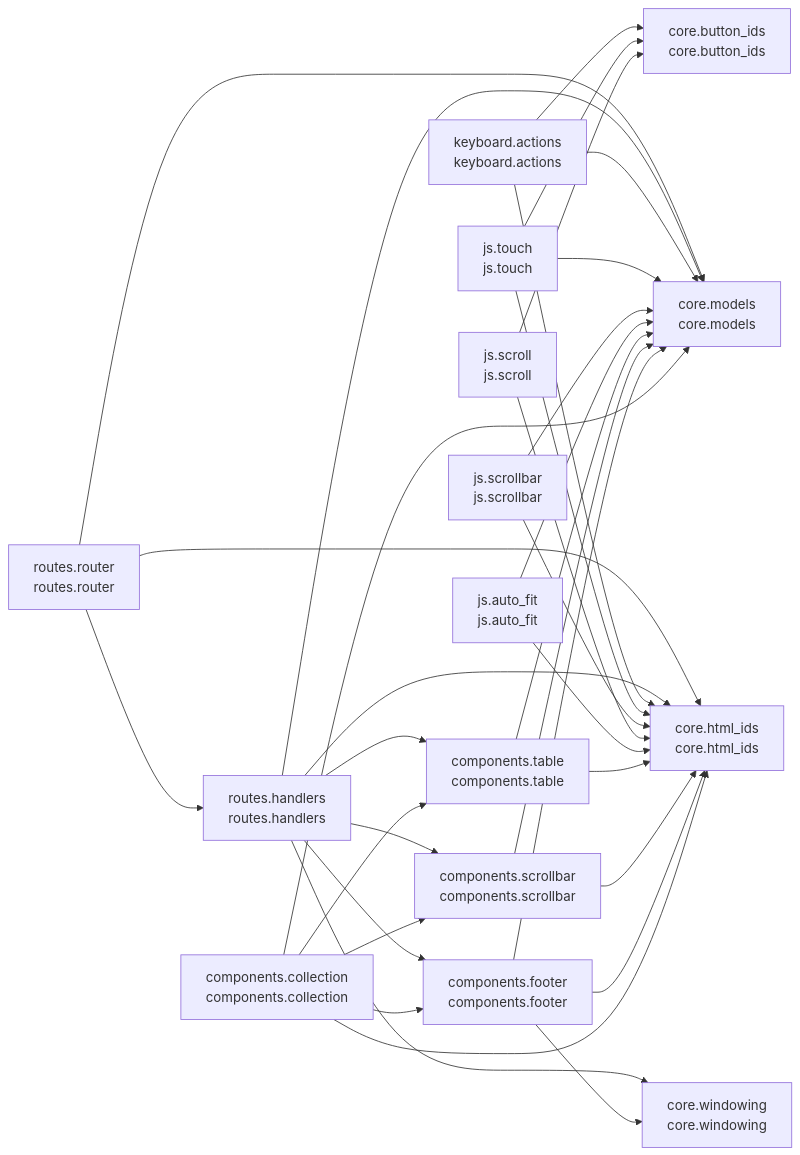
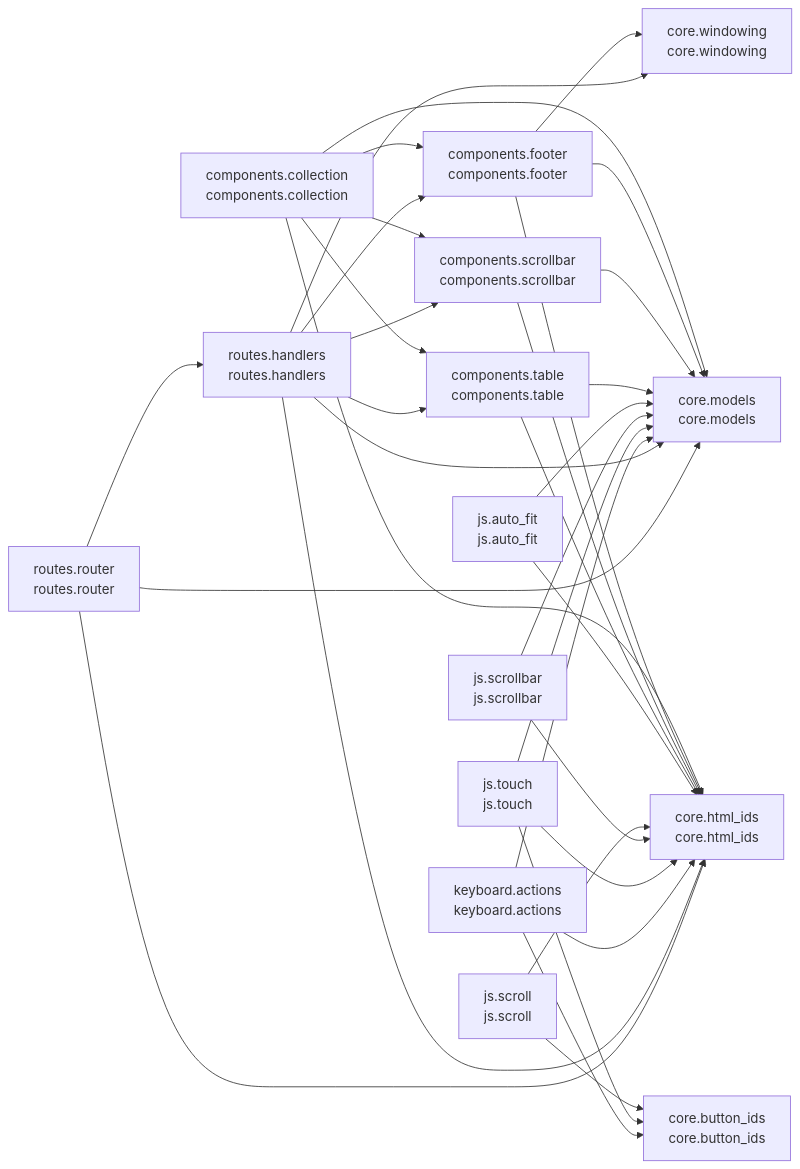
One commit to cj-mills/cjm-fasthtml-virtual-collection changed the diagram in README.md. Above: the diagram before and after it, drawn with Mermaid. The commit also changed other lines of this file and 5 other files, not shown here.

````diff
--- a/README.md
+++ b/README.md
@@ -40,52 +40,52 @@
 ``` mermaid
 graph LR
     components_collection[components.collection<br/>components.collection]
     components_footer[components.footer<br/>components.footer]
     components_scrollbar[components.scrollbar<br/>components.scrollbar]
     components_table[components.table<br/>components.table]
     core_button_ids[core.button_ids<br/>core.button_ids]
     core_html_ids[core.html_ids<br/>core.html_ids]
     core_models[core.models<br/>core.models]
     core_windowing[core.windowing<br/>core.windowing]
     js_auto_fit[js.auto_fit<br/>js.auto_fit]
     js_scroll[js.scroll<br/>js.scroll]
     js_scrollbar[js.scrollbar<br/>js.scrollbar]
     js_touch[js.touch<br/>js.touch]
     keyboard_actions[keyboard.actions<br/>keyboard.actions]
     routes_handlers[routes.handlers<br/>routes.handlers]
     routes_router[routes.router<br/>routes.router]
 
-    components_collection --> core_models
-    components_collection --> components_table
-    components_collection --> core_html_ids
     components_collection --> components_footer
     components_collection --> components_scrollbar
+    components_collection --> components_table
+    components_collection --> core_models
+    components_collection --> core_html_ids
+    components_footer --> core_windowing
     components_footer --> core_models
     components_footer --> core_html_ids
-    components_footer --> core_windowing
     components_scrollbar --> core_models
     components_scrollbar --> core_html_ids
     components_table --> core_models
     components_table --> core_html_ids
     js_auto_fit --> core_models
     js_auto_fit --> core_html_ids
     js_scroll --> core_button_ids
     js_scroll --> core_html_ids
+    js_scrollbar --> core_models
     js_scrollbar --> core_html_ids
-    js_scrollbar --> core_models
+    js_touch --> core_models
     js_touch --> core_button_ids
     js_touch --> core_html_ids
-    js_touch --> core_models
-    keyboard_actions --> core_button_ids
     keyboard_actions --> core_models
     keyboard_actions --> core_html_ids
+    keyboard_actions --> core_button_ids
+    routes_handlers --> core_windowing
+    routes_handlers --> components_footer
+    routes_handlers --> components_scrollbar
     routes_handlers --> core_models
-    routes_handlers --> core_windowing
     routes_handlers --> components_table
     routes_handlers --> core_html_ids
-    routes_handlers --> components_footer
-    routes_handlers --> components_scrollbar
+    routes_router --> routes_handlers
     routes_router --> core_models
-    routes_router --> routes_handlers
     routes_router --> core_html_ids
 ```
````
